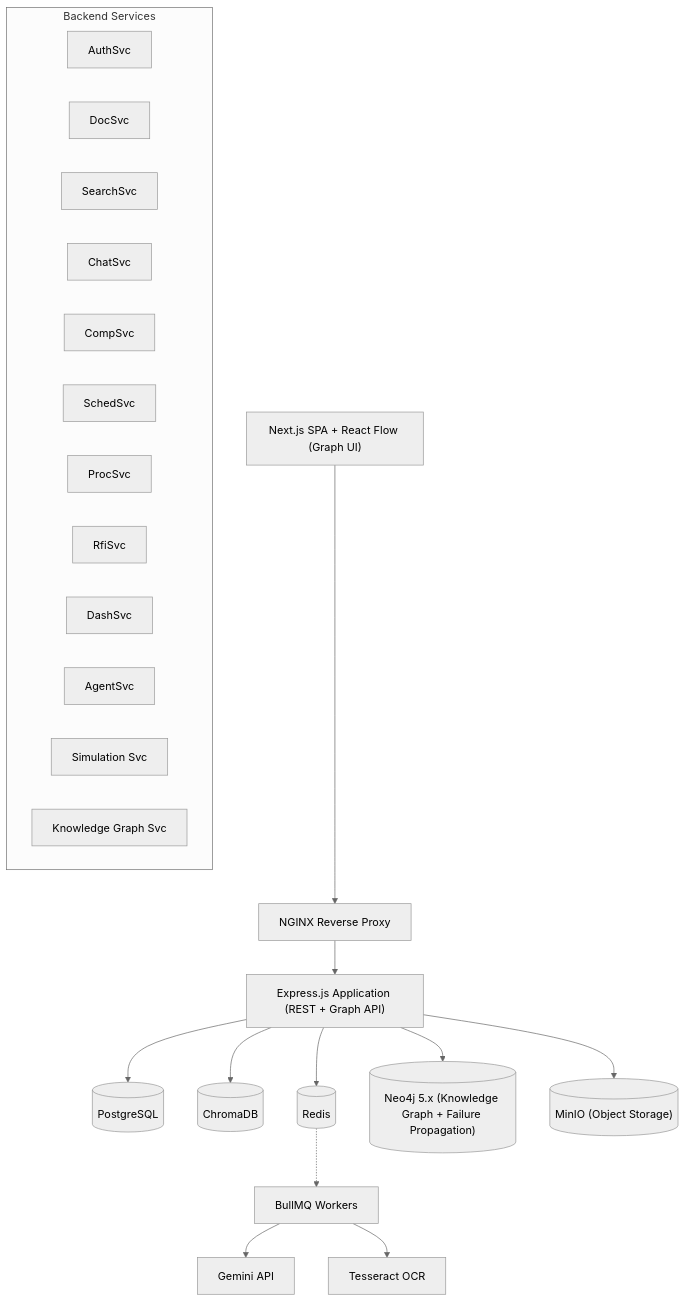
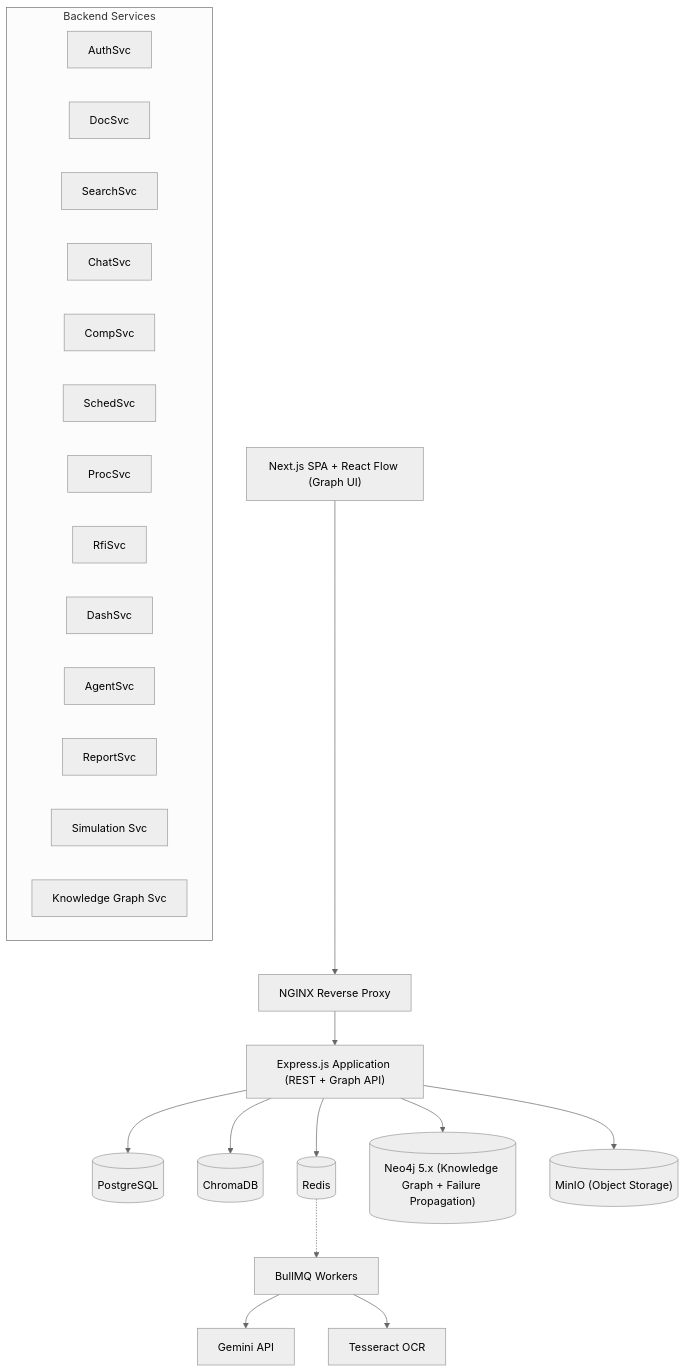
One commit to suryanshvermaa/DCBrain changed the first of 2 diagrams in .ai/ARCHITECTURE.md. Above: the diagram before and after it, drawn with Mermaid (neutral theme). The commit also changed other lines of this file and 35 other files, not shown here.

````diff
--- a/.ai/ARCHITECTURE.md
+++ b/.ai/ARCHITECTURE.md
@@ -7,30 +7,31 @@
 ```mermaid
 graph TD
     Client["Next.js SPA + React Flow (Graph UI)"] --> Nginx["NGINX Reverse Proxy"]
     Nginx --> Backend["Express.js Application (REST + Graph API)"]
     
     subgraph Backend_Services ["Backend Services"]
         AuthSvc
         DocSvc
         SearchSvc
         ChatSvc
         CompSvc
         SchedSvc
         ProcSvc
         RfiSvc
         DashSvc
         AgentSvc
+        ReportSvc
         SimSvc["Simulation Svc"]
         GraphSvc["Knowledge Graph Svc"]
     end
     
     Backend --> PG[("PostgreSQL")]
     Backend --> Chroma[("ChromaDB")]
     Backend --> Redis[("Redis")]
     Backend --> GraphDB[("Neo4j 5.x (Knowledge Graph + Failure Propagation)")]
     Backend --> MinIO[("MinIO (Object Storage)")]
     
     Redis -.-> BackgroundWorkers["BullMQ Workers"]
     BackgroundWorkers --> Gemini["Gemini API"]
     BackgroundWorkers --> Tesseract["Tesseract OCR"]
 ```
````
